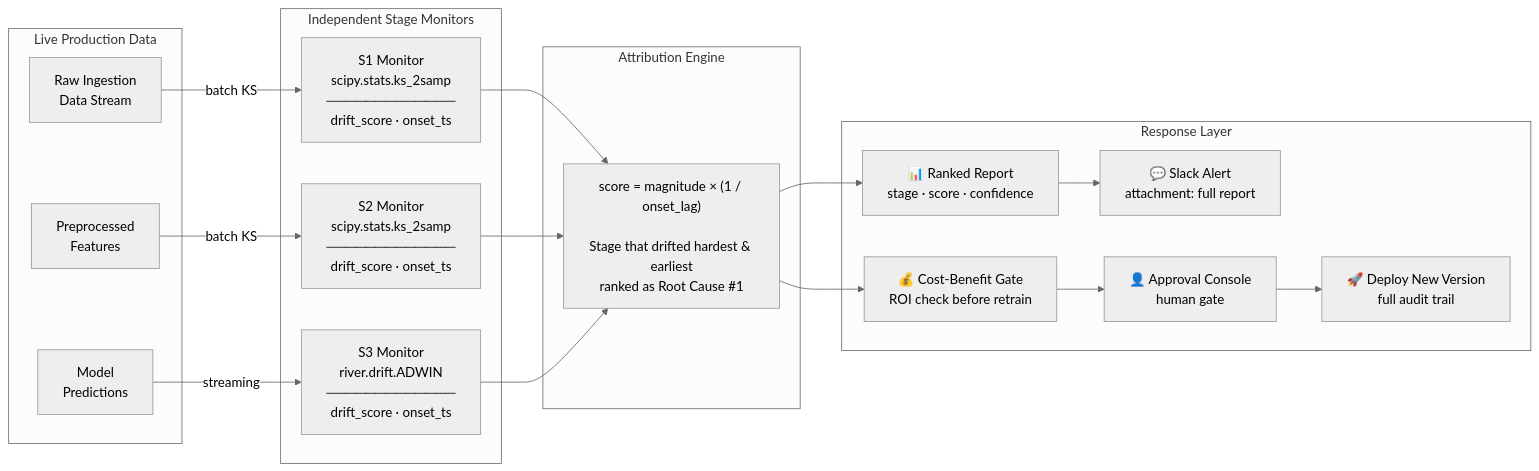
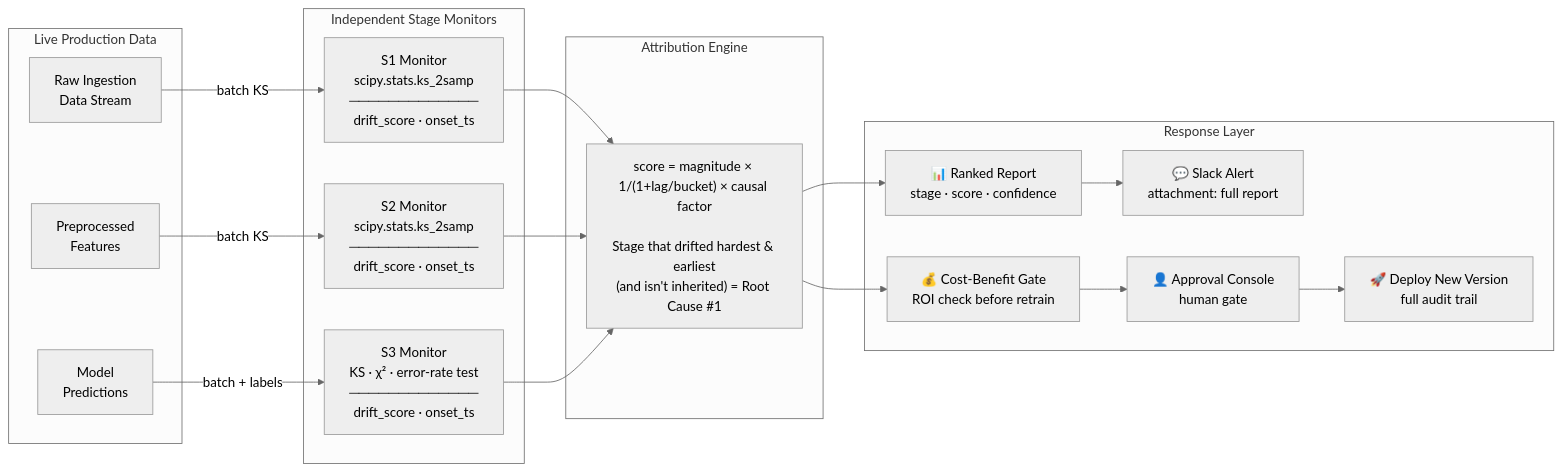
Before and after one commit to Dinesh-kumar9/Drift_Detection: the second of 5 diagrams in README.md, drawn with Mermaid (neutral theme). The commit also changed other lines of this file and 28 other files, not shown here.

````diff
--- a/README.md
+++ b/README.md
@@ -74,33 +75,33 @@
 ```mermaid
 flowchart LR
     subgraph INPUT["Live Production Data"]
         D1[Raw Ingestion\nData Stream]
         D2[Preprocessed\nFeatures]
         D3[Model\nPredictions]
     end
 
     subgraph MONITORS["Independent Stage Monitors"]
         M1["S1 Monitor\nscipy.stats.ks_2samp\n─────────────\ndrift_score · onset_ts"]
         M2["S2 Monitor\nscipy.stats.ks_2samp\n─────────────\ndrift_score · onset_ts"]
-        M3["S3 Monitor\nriver.drift.ADWIN\n─────────────\ndrift_score · onset_ts"]
+        M3["S3 Monitor\nKS · χ² · error-rate test\n─────────────\ndrift_score · onset_ts"]
     end
 
     subgraph ATTRIBUTION["Attribution Engine"]
-        SCORE["score = magnitude × (1 / onset_lag)\n\nStage that drifted hardest & earliest\nranked as Root Cause #1"]
+        SCORE["score = magnitude × 1/(1+lag/bucket) × causal factor\n\nStage that drifted hardest & earliest\n(and isn't inherited) = Root Cause #1"]
     end
 
     subgraph ACTION["Response Layer"]
         REPORT[📊 Ranked Report\nstage · score · confidence]
         SLACK[💬 Slack Alert\nattachment: full report]
         GATE[💰 Cost-Benefit Gate\nROI check before retrain]
         APPROVE[👤 Approval Console\nhuman gate]
         DEPLOY[🚀 Deploy New Version\nfull audit trail]
     end
 
     D1 -->|batch KS| M1
     D2 -->|batch KS| M2
-    D3 -->|streaming| M3
+    D3 -->|batch + labels| M3
     M1 & M2 & M3 --> SCORE
     SCORE --> REPORT --> SLACK
     SCORE --> GATE --> APPROVE --> DEPLOY
 ```
````
